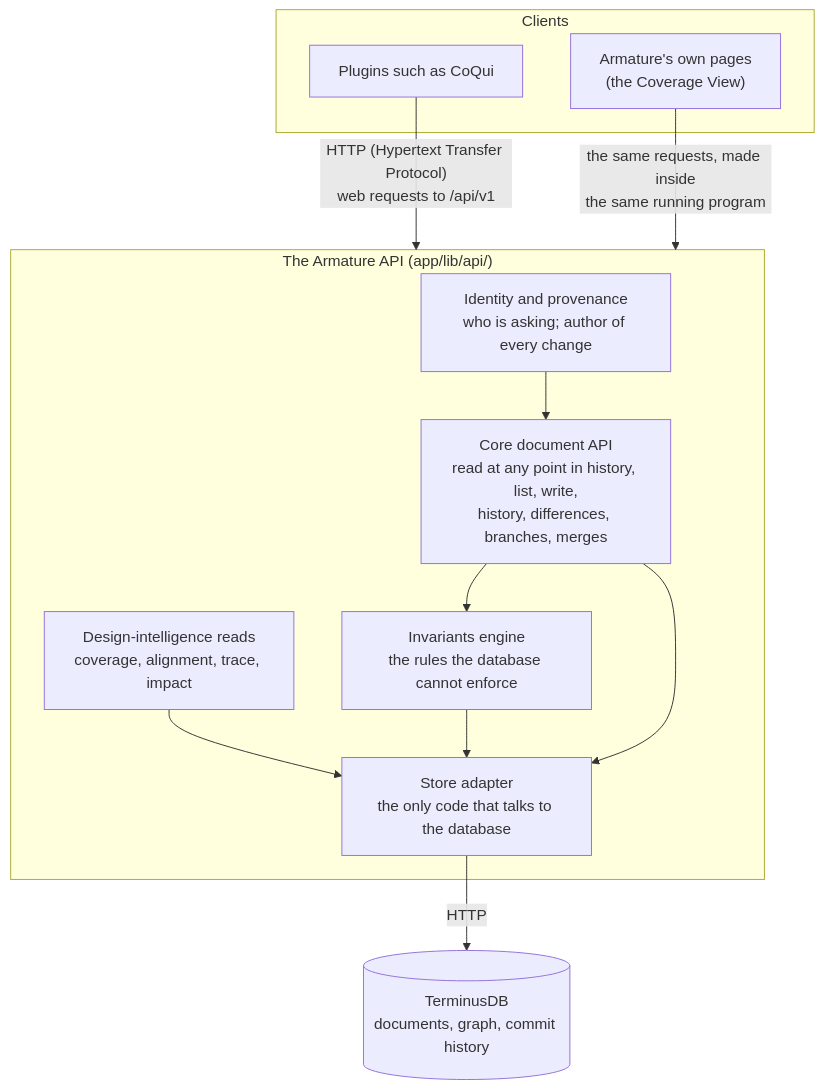
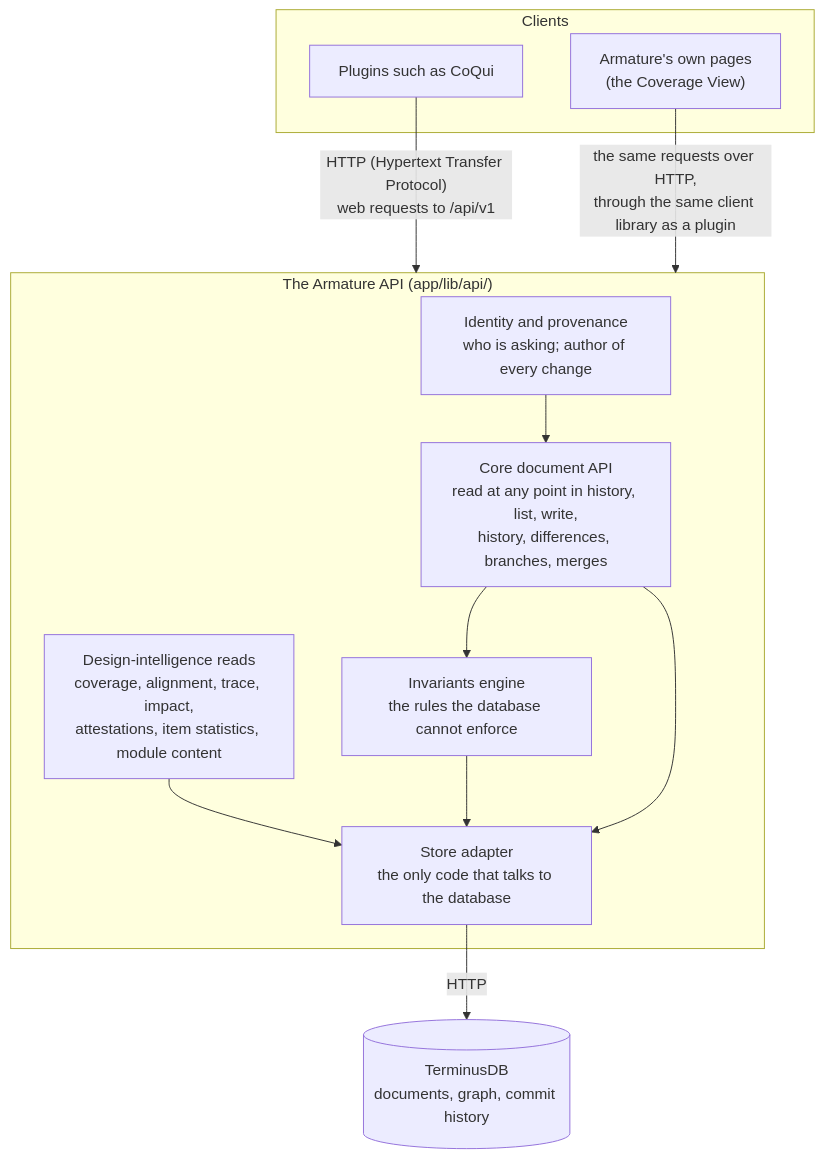
The second of 3 diagrams in docs/how-armature-works.md (mossglenn/armature), drawn with Mermaid before and after one commit. The commit also changed other lines of this file, not shown here.

````diff
--- a/docs/how-armature-works.md
+++ b/docs/how-armature-works.md
@@ -306,23 +310,23 @@
 ```mermaid
 flowchart TB
   subgraph Clients["Clients"]
     P["Plugins such as CoQui"]
     V["Armature's own pages<br/>(the Coverage View)"]
   end
   subgraph Hub["The Armature API (app/lib/api/)"]
     I["Identity and provenance<br/>who is asking; author of every change"]
     D["Core document API<br/>read at any point in history, list, write,<br/>history, differences, branches, merges"]
     R["Invariants engine<br/>the rules the database cannot enforce"]
-    G["Design-intelligence reads<br/>coverage, alignment, trace, impact"]
+    G["Design-intelligence reads<br/>coverage, alignment, trace, impact,<br/>attestations, item statistics, module content"]
     S["Store adapter<br/>the only code that talks to the database"]
   end
   DB[("TerminusDB<br/>documents, graph, commit history")]
   P -- "HTTP (Hypertext Transfer Protocol)<br/>web requests to /api/v1" --> Hub
-  V -- "the same requests, made inside<br/>the same running program" --> Hub
+  V -- "the same requests over HTTP,<br/>through the same client library as a plugin" --> Hub
   I --> D
   D --> R
   G --> S
   R --> S
   D --> S
   S -- "HTTP" --> DB
 ```
````
